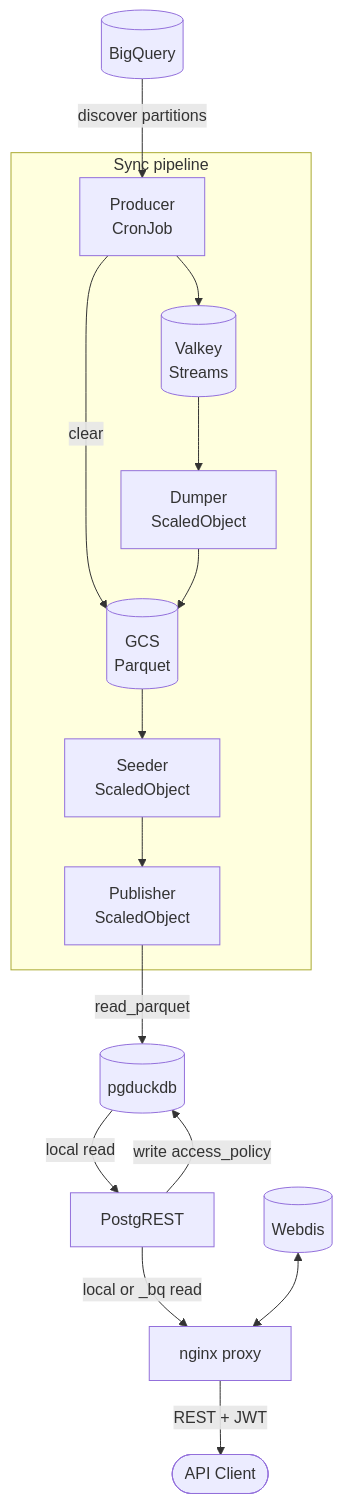
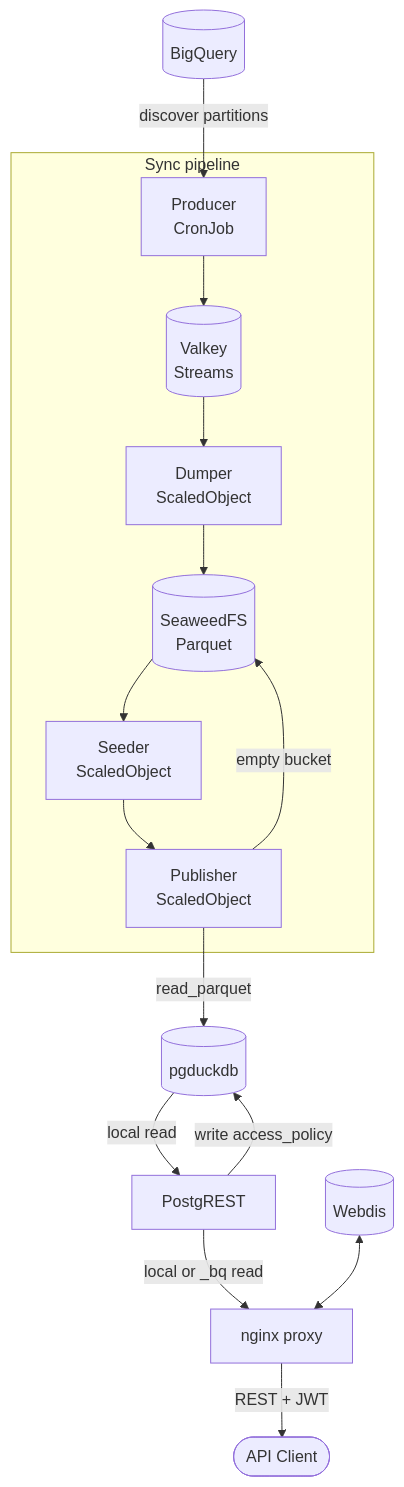
Before and after one commit to prefeitura-rio/data-proxy: the first of 2 diagrams in docs/architecture.md, drawn with Mermaid. The commit also changed other lines of this file and 3 other files, not shown here.

````diff
--- a/docs/architecture.md
+++ b/docs/architecture.md
@@ -46,21 +46,21 @@
 ```mermaid
 flowchart TD
     BQ[(BigQuery)]
     R[(Valkey\nStreams)]
-    GCS[(GCS\nParquet)]
+    S3[(SeaweedFS\nParquet)]
     DB[(pgduckdb)]
 
     subgraph pipeline[Sync pipeline]
         P[Producer\nCronJob] --> R --> W[Dumper\nScaledObject]
-        P -->|clear| GCS
-        W --> GCS --> S[Seeder\nScaledObject] --> FIN[Publisher\nScaledObject]
+        W --> S3 --> S[Seeder\nScaledObject] --> FIN[Publisher\nScaledObject]
+        FIN -->|empty bucket| S3
     end
 
     BQ -->|discover partitions| P
     FIN -->|read_parquet| DB
     DB -->|local read| PGRST[PostgREST]
     PGRST -->|local or _bq read| Proxy[nginx proxy]
     Cache[(Webdis)] <--> Proxy
     PGRST -->|write access_policy| DB
     Proxy -->|REST + JWT| Client([API Client])
 ```
````
